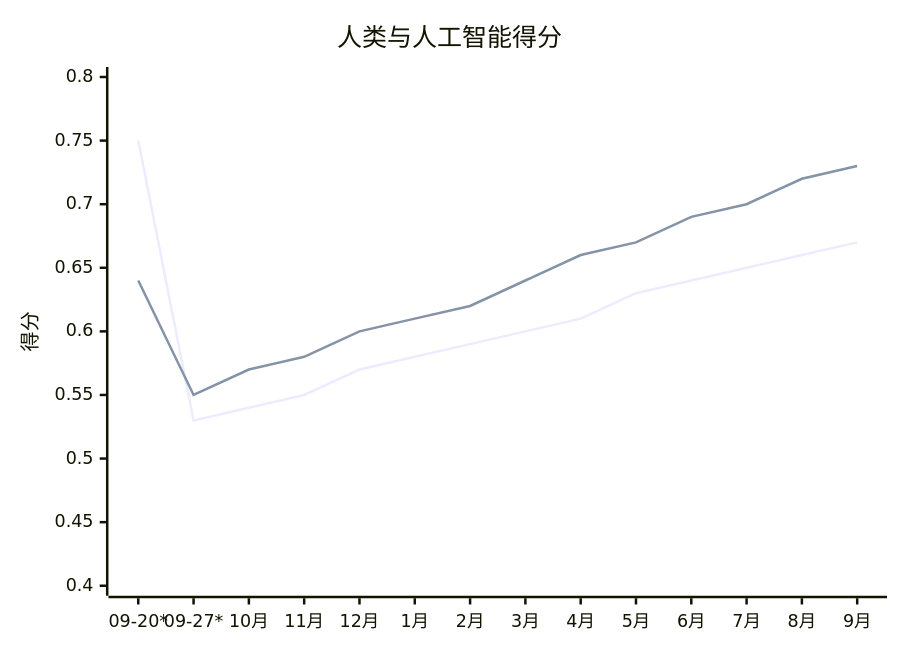
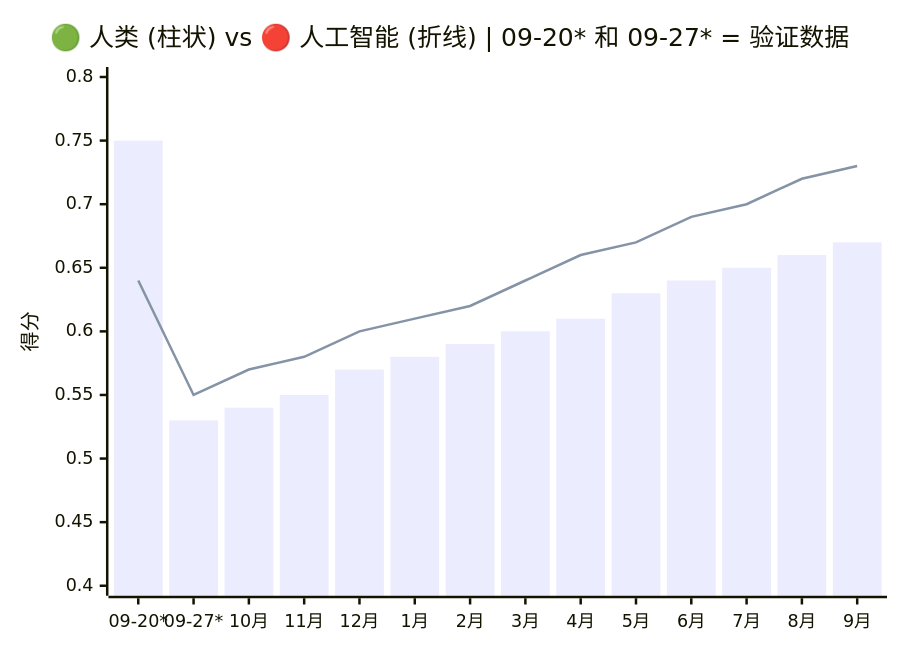
Before and after one commit to VQQLK/Human-AI-Monitor: the first of 2 diagrams in README.zh.md, drawn with Mermaid. The commit also changed other lines of this file and 2 other files, not shown here.

First line of the commit message:
feat(docs): use bars + line combo chart for instant identification

````diff
--- a/README.zh.md
+++ b/README.zh.md
@@ -31,8 +36,8 @@
 ```mermaid
 xychart-beta
-    title "人类与人工智能得分"
+    title "🟢 人类 (柱状) vs 🔴 人工智能 (折线) | 09-20* 和 09-27* = 验证数据"
     x-axis ["09-20*", "09-27*", "10月", "11月", "12月", "1月", "2月", "3月", "4月", "5月", "6月", "7月", "8月", "9月"]
     y-axis "得分" 0.40 --> 0.80
-    line [0.75, 0.53, 0.54, 0.55, 0.57, 0.58, 0.59, 0.6, 0.61, 0.63, 0.64, 0.65, 0.66, 0.67]
+    bar [0.75, 0.53, 0.54, 0.55, 0.57, 0.58, 0.59, 0.6, 0.61, 0.63, 0.64, 0.65, 0.66, 0.67]
     line [0.64, 0.55, 0.57, 0.58, 0.6, 0.61, 0.62, 0.64, 0.66, 0.67, 0.69, 0.7, 0.72, 0.73]
 ```
````
